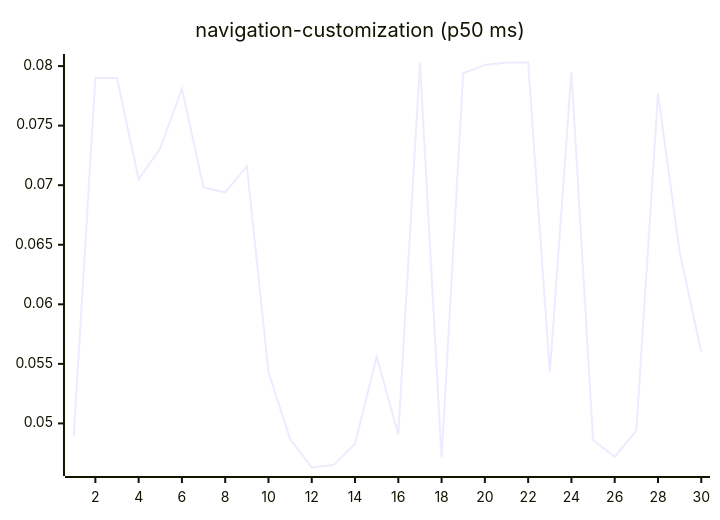
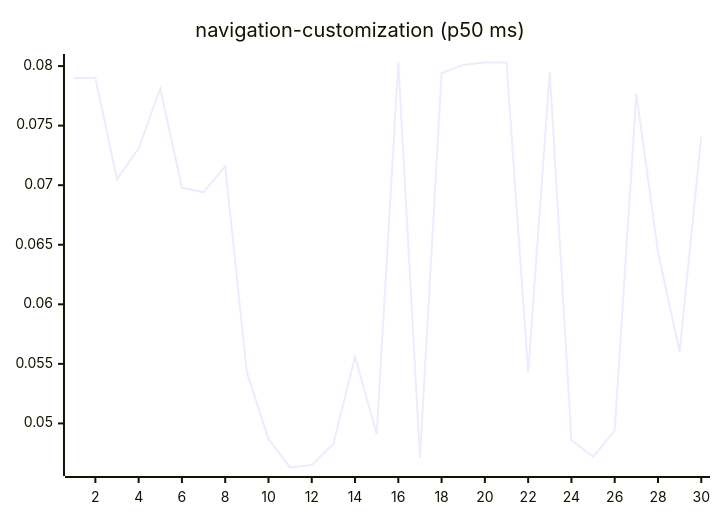
One commit to josha/Facet changed diagram 15 of 27 in README.md. Above: the diagram before and after it, drawn with Mermaid. The commit also changed other lines of this file and 2 other files, not shown here.

````diff
--- a/README.md
+++ b/README.md
@@ -161,6 +161,6 @@
 ```mermaid
 xychart-beta
     title "navigation-customization (p50 ms)"
     x-axis 1 --> 30
-    line [0.0489, 0.0790, 0.0790, 0.0705, 0.0731, 0.0781, 0.0698, 0.0694, 0.0716, 0.0543, 0.0487, 0.0463, 0.0465, 0.0483, 0.0556, 0.0491, 0.0803, 0.0471, 0.0794, 0.0801, 0.0803, 0.0803, 0.0543, 0.0795, 0.0486, 0.0472, 0.0494, 0.0777, 0.0644, 0.0560]
+    line [0.0790, 0.0790, 0.0705, 0.0731, 0.0781, 0.0698, 0.0694, 0.0716, 0.0543, 0.0487, 0.0463, 0.0465, 0.0483, 0.0556, 0.0491, 0.0803, 0.0471, 0.0794, 0.0801, 0.0803, 0.0803, 0.0543, 0.0795, 0.0486, 0.0472, 0.0494, 0.0777, 0.0644, 0.0560, 0.0741]
 ```
````
